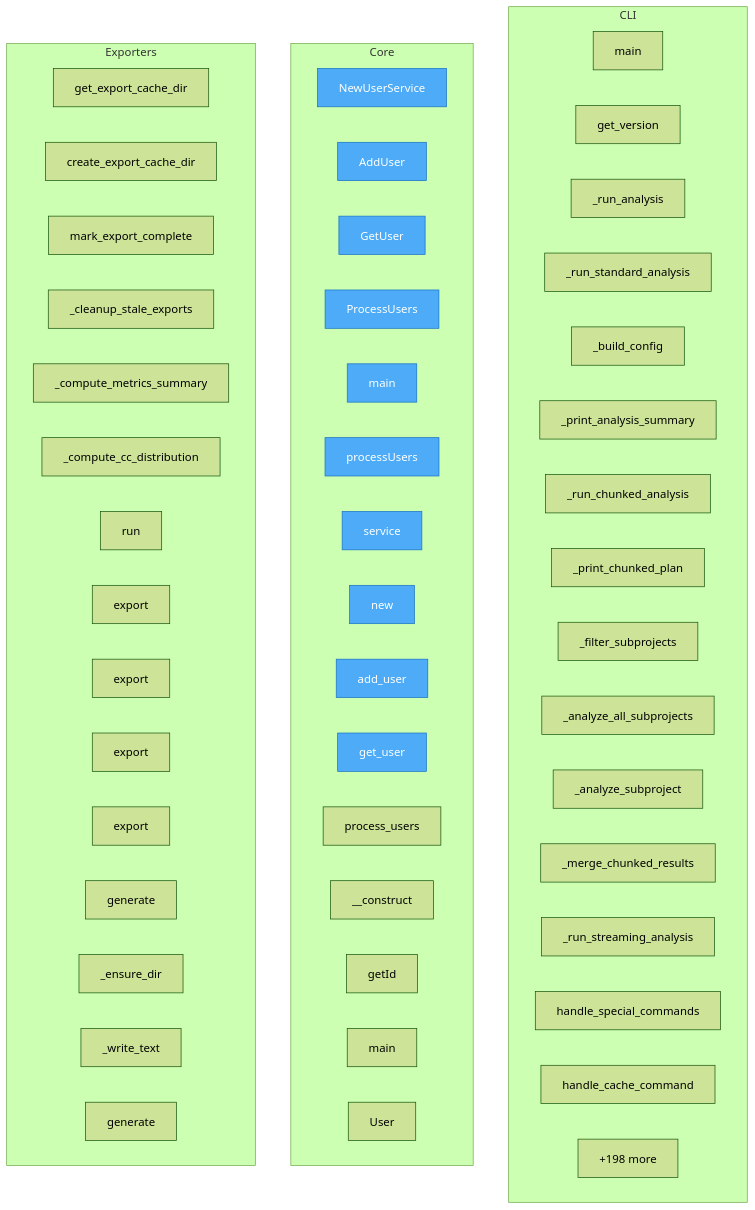
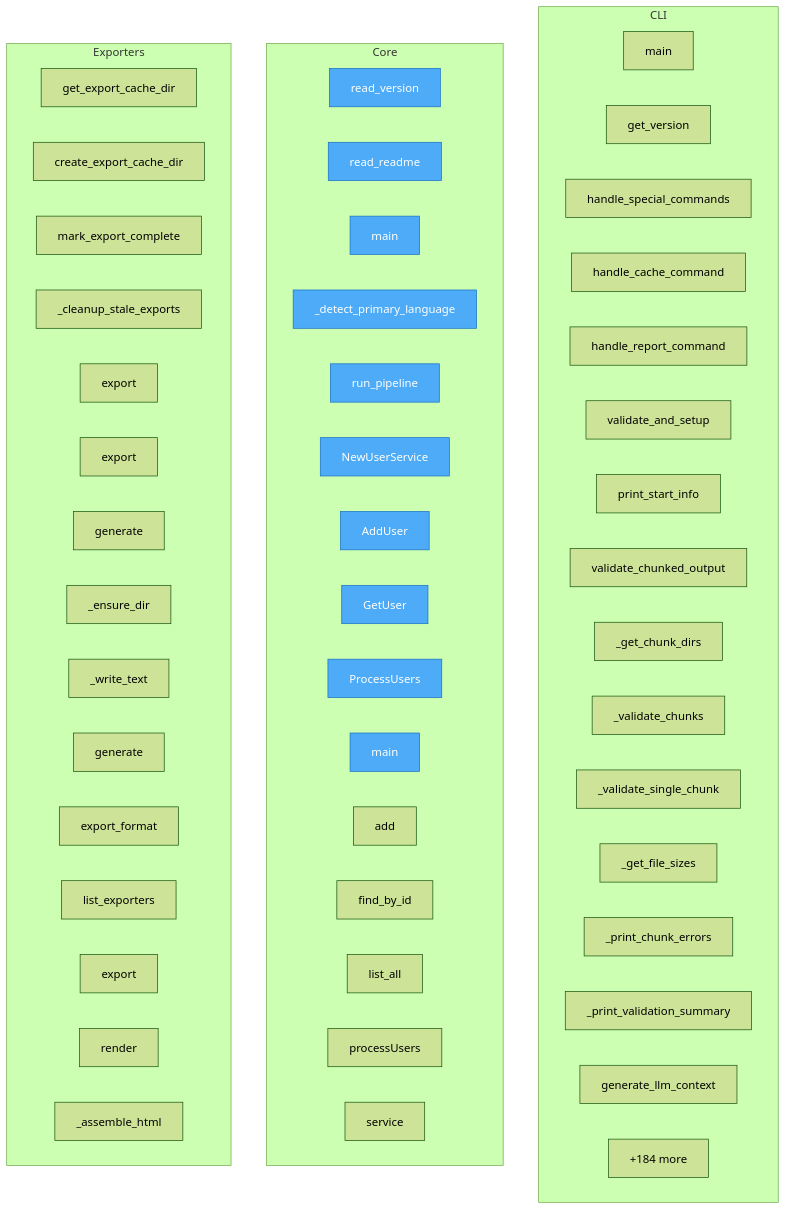
Before and after one commit to semcod/code2llm: the diagram in project/flow.mmd, drawn with Mermaid (forest theme). The commit also changed 23 other files, not shown here.

First line of the commit message:
refactor(docs): code analysis engine

```diff
--- a/project/flow.mmd
+++ b/project/flow.mmd
@@ -1,64 +1,64 @@
 flowchart TD
-%% generated in 0.03s
+%% generated in 0.02s
 
     %% Entry points (blue)
     classDef entry fill:#4dabf7,stroke:#1971c2,color:#fff
 
     subgraph CLI
         code2llm__cli__main["main"]
         code2llm__cli_parser__get_version["get_version"]
-        code2llm__cli_analysis___run_analysis["_run_analysis"]
-        code2llm__cli_analysis___run_standard_analysis["_run_standard_analysis"]
-        code2llm__cli_analysis___build_config["_build_config"]
-        code2llm__cli_analysis___print_analysis_summary["_print_analysis_summary"]
-        code2llm__cli_analysis___run_chunked_analysis["_run_chunked_analysis"]
-        code2llm__cli_analysis___print_chunked_plan["_print_chunked_plan"]
-        code2llm__cli_analysis___filter_subprojects["_filter_subprojects"]
-        code2llm__cli_analysis___analyze_all_subprojects["_analyze_all_subprojects"]
-        code2llm__cli_analysis___analyze_subproject["_analyze_subproject"]
-        code2llm__cli_analysis___merge_chunked_results["_merge_chunked_results"]
-        code2llm__cli_analysis___run_streaming_analysis["_run_streaming_analysis"]
         code2llm__cli_commands__handle_special_commands["handle_special_commands"]
         code2llm__cli_commands__handle_cache_command["handle_cache_command"]
-        ...["+79 more"]
+        code2llm__cli_commands__handle_report_command["handle_report_command"]
+        code2llm__cli_commands__validate_and_setup["validate_and_setup"]
+        code2llm__cli_commands__print_start_info["print_start_info"]
+        code2llm__cli_commands__validate_chunked_output["validate_chunked_output"]
+        code2llm__cli_commands___get_chunk_dirs["_get_chunk_dirs"]
+        code2llm__cli_commands___validate_chunks["_validate_chunks"]
+        code2llm__cli_commands___validate_single_chunk["_validate_single_chunk"]
+        code2llm__cli_commands___get_file_sizes["_get_file_sizes"]
+        code2llm__cli_commands___print_chunk_errors["_print_chunk_errors"]
+        code2llm__cli_commands___print_validation_summary["_print_validation_summary"]
+        code2llm__cli_commands__generate_llm_context["generate_llm_context"]
+        ...["+81 more"]
     end
 
     subgraph Core
+        setup__read_version["read_version"]
+        setup__read_readme["read_readme"]
+        validate_toon__main["main"]
+        pipeline___detect_primary_language["_detect_primary_language"]
+        pipeline__run_pipeline["run_pipeline"]
         test_langs__valid__sample__NewUserService["NewUserService"]
         test_langs__valid__sample__AddUser["AddUser"]
         test_langs__valid__sample__GetUser["GetUser"]
         test_langs__valid__sample__ProcessUsers["ProcessUsers"]
         test_langs__valid__sample__main["main"]
+        test_langs__valid__sample__ProductRepository__add["add"]
+        test_langs__valid__sample__ProductRepository__find_by_id["find_by_id"]
+        test_langs__valid__sample__ProductRepository__list_all["list_all"]
         test_langs__valid__sample__UserService__processUsers["processUsers"]
         test_langs__valid__sample__UserService__service["service"]
-        test_langs__valid__sample__new["new"]
-        test_langs__valid__sample__add_user["add_user"]
-        test_langs__valid__sample__get_user["get_user"]
-        test_langs__valid__sample__process_users["process_users"]
-        test_langs__valid__sample__User____construct["__construct"]
-        test_langs__valid__sample__User__getId["getId"]
-        test_langs__valid__sample__UserService__main["main"]
-        test_langs__invalid__sample_bad__User__User["User"]
-        ...["+389 more"]
+        ...["+374 more"]
     end
 
     subgraph Exporters
         code2llm__core__persistent_cache__PersistentCache__get_export_cache_dir["get_export_cache_dir"]
         code2llm__core__persistent_cache__PersistentCache__create_export_cache_dir["create_export_cache_dir"]
         code2llm__core__persistent_cache__PersistentCache__mark_export_complete["mark_export_complete"]
         code2llm__core__persistent_cache__PersistentCache___cleanup_stale_exports["_cleanup_stale_exports"]
-        code2llm__core__export_pipeline__SharedExportContext___compute_metrics_summary["_compute_metrics_summary"]
-        code2llm__core__export_pipeline__SharedExportContext___compute_cc_distribution["_compute_cc_distribution"]
-        code2llm__core__export_pipeline__ExportPipeline__run["run"]
         code2llm__exporters__readme_exporter__READMEExporter__export["export"]
-        code2llm__exporters__map_exporter__MapExporter__export["export"]
-        code2llm__exporters__json_exporter__JSONExporter__export["export"]
         code2llm__exporters__base__BaseExporter__export["export"]
         code2llm__exporters__base__BaseExporter__generate["generate"]
         code2llm__exporters__base__BaseExporter___ensure_dir["_ensure_dir"]
         code2llm__exporters__base__BaseExporter___write_text["_write_text"]
         code2llm__exporters__base__ViewGeneratorMixin__generate["generate"]
-        ...["+198 more"]
+        code2llm__exporters__base__export_format["export_format"]
+        code2llm__exporters__base__list_exporters["list_exporters"]
+        code2llm__exporters__map_exporter__MapExporter__export["export"]
+        code2llm__exporters__dashboard_renderer__DashboardRenderer__render["render"]
+        code2llm__exporters__dashboard_renderer__DashboardRenderer___assemble_html["_assemble_html"]
+        ...["+184 more"]
     end
 
-    class test_langs__valid__sample__NewUserService,test_langs__valid__sample__AddUser,test_langs__valid__sample__GetUser,test_langs__valid__sample__ProcessUsers,test_langs__valid__sample__main,test_langs__valid__sample__UserService__processUsers,test_langs__valid__sample__UserService__service,test_langs__valid__sample__new,test_langs__valid__sample__add_user,test_langs__valid__sample__get_user entry
+    class setup__read_version,setup__read_readme,validate_toon__main,pipeline___detect_primary_language,pipeline__run_pipeline,test_langs__valid__sample__NewUserService,test_langs__valid__sample__AddUser,test_langs__valid__sample__GetUser,test_langs__valid__sample__ProcessUsers,test_langs__valid__sample__main entry
```
